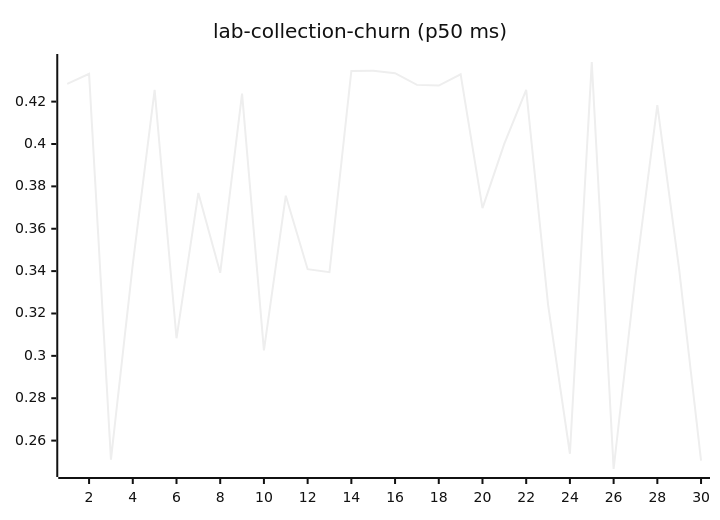
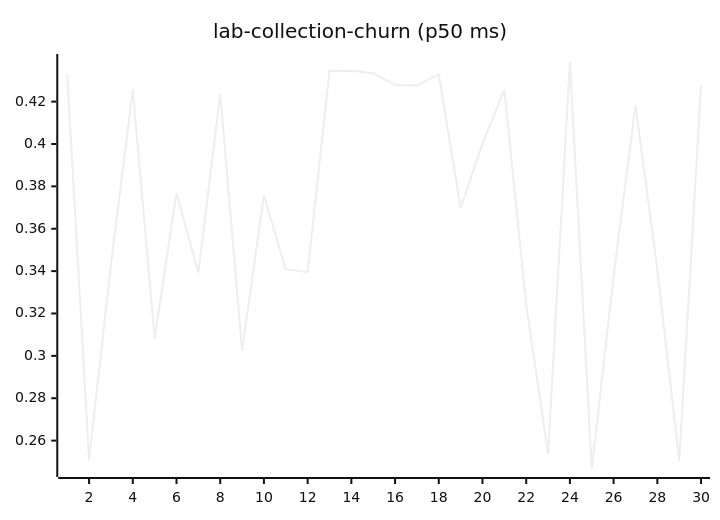
Before and after one commit to josha/Facet: diagram 11 of 27 in README.md, drawn with Mermaid (neutral theme). The commit also changed other lines of this file and 2 other files, not shown here.

````diff
--- a/README.md
+++ b/README.md
@@ -133,6 +133,6 @@
 ```mermaid
 xychart-beta
     title "lab-collection-churn (p50 ms)"
     x-axis 1 --> 30
-    line [0.4284, 0.4331, 0.2510, 0.3432, 0.4256, 0.3083, 0.3769, 0.3392, 0.4238, 0.3026, 0.3756, 0.3409, 0.3395, 0.4345, 0.4346, 0.4334, 0.4279, 0.4276, 0.4329, 0.3697, 0.4002, 0.4255, 0.3242, 0.2538, 0.4387, 0.2466, 0.3379, 0.4183, 0.3407, 0.2505]
+    line [0.4331, 0.2510, 0.3432, 0.4256, 0.3083, 0.3769, 0.3392, 0.4238, 0.3026, 0.3756, 0.3409, 0.3395, 0.4345, 0.4346, 0.4334, 0.4279, 0.4276, 0.4329, 0.3697, 0.4002, 0.4255, 0.3242, 0.2538, 0.4387, 0.2466, 0.3379, 0.4183, 0.3407, 0.2505, 0.4278]
 ```
````
